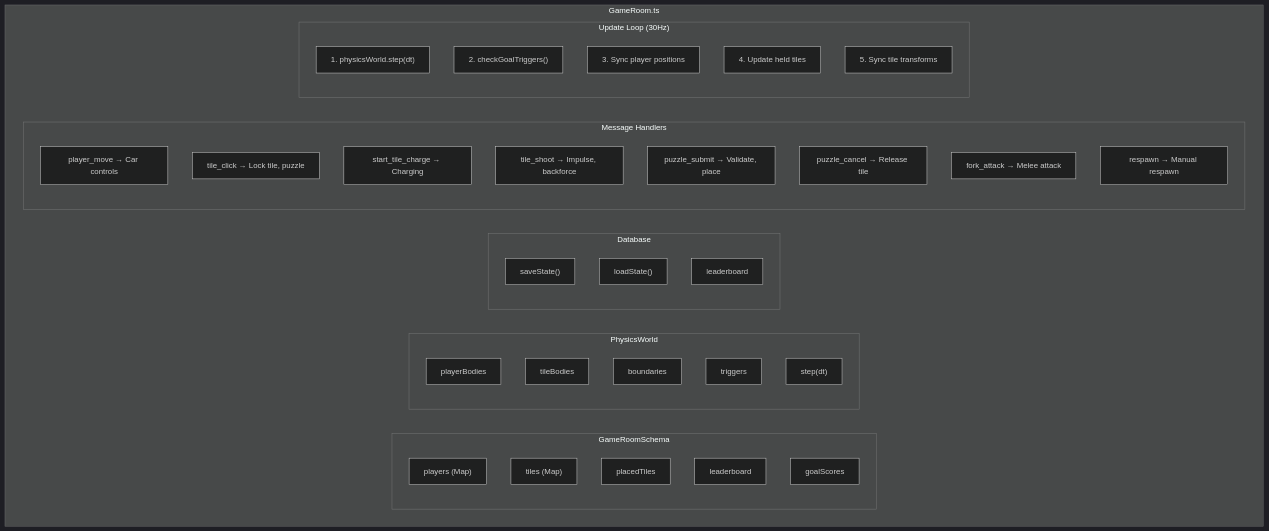
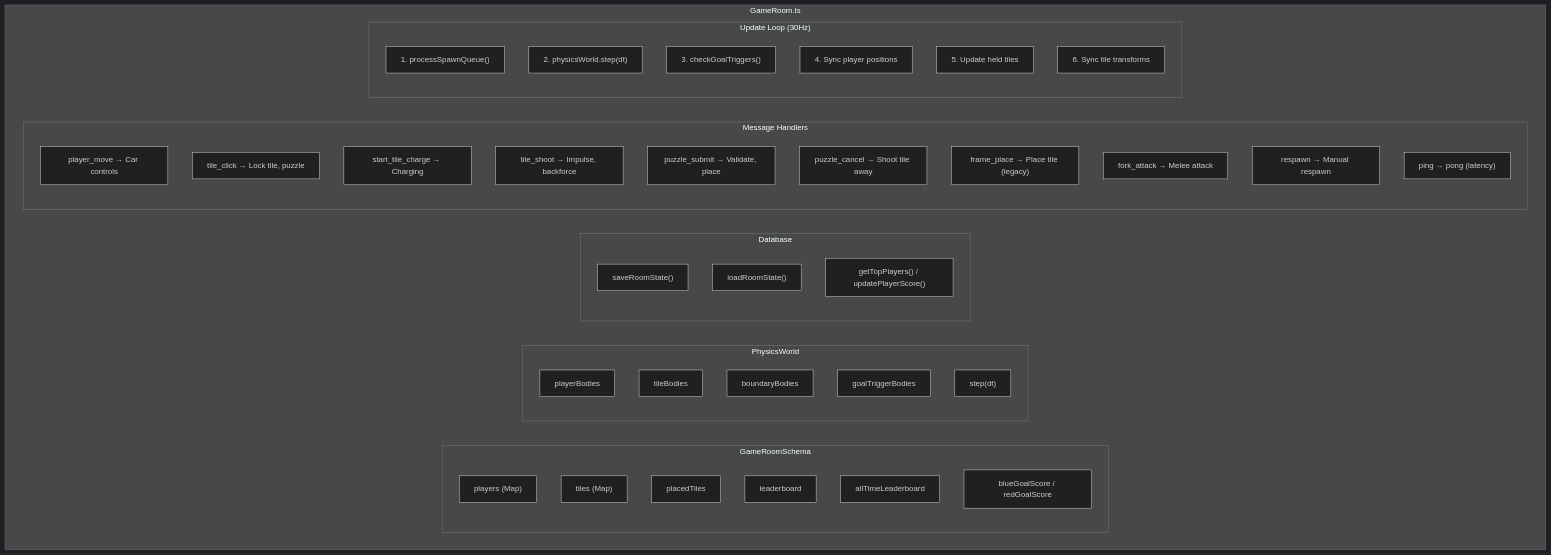
The second of 8 diagrams in docs/ARCHITECTURE.md (nguyenvanduocit/the-car-game), drawn with Mermaid (dark theme) before and after one commit. The commit also changed other lines of this file and 18 other files, not shown here.

First line of the commit message:
docs: sync all docs with current code, remove AI slop, add security review

````diff
--- a/docs/ARCHITECTURE.md
+++ b/docs/ARCHITECTURE.md
@@ -87,45 +92,49 @@
 ```mermaid
 graph TB
     subgraph GameRoom["GameRoom.ts"]
         subgraph State["GameRoomSchema"]
             players["players (Map)"]
             tiles["tiles (Map)"]
             placedTiles["placedTiles"]
             leaderboard["leaderboard"]
-            goalScores["goalScores"]
+            allTimeLeaderboard["allTimeLeaderboard"]
+            goalScores["blueGoalScore / redGoalScore"]
         end
 
         subgraph Physics["PhysicsWorld"]
             playerBodies["playerBodies"]
             tileBodies["tileBodies"]
-            boundaries["boundaries"]
-            triggers["triggers"]
+            boundaries["boundaryBodies"]
+            triggers["goalTriggerBodies"]
             step["step(dt)"]
         end
 
         subgraph DB["Database"]
-            saveState["saveState()"]
-            loadState["loadState()"]
-            lb["leaderboard"]
+            saveState["saveRoomState()"]
+            loadState["loadRoomState()"]
+            lb["getTopPlayers() / updatePlayerScore()"]
         end
 
         subgraph Handlers["Message Handlers"]
             player_move["player_move → Car controls"]
             tile_click["tile_click → Lock tile, puzzle"]
             tile_charge["start_tile_charge → Charging"]
             tile_shoot["tile_shoot → Impulse, backforce"]
             puzzle_submit["puzzle_submit → Validate, place"]
-            puzzle_cancel["puzzle_cancel → Release tile"]
+            puzzle_cancel["puzzle_cancel → Shoot tile away"]
+            frame_place["frame_place → Place tile (legacy)"]
             fork_attack["fork_attack → Melee attack"]
             respawn["respawn → Manual respawn"]
+            ping["ping → pong (latency)"]
         end
 
         subgraph Loop["Update Loop (30Hz)"]
-            step_physics["1. physicsWorld.step(dt)"]
-            check_goals["2. checkGoalTriggers()"]
-            sync_players["3. Sync player positions"]
-            update_held["4. Update held tiles"]
-            sync_tiles["5. Sync tile transforms"]
+            spawn_queue["1. processSpawnQueue()"]
+            step_physics["2. physicsWorld.step(dt)"]
+            check_goals["3. checkGoalTriggers()"]
+            sync_players["4. Sync player positions"]
+            update_held["5. Update held tiles"]
+            sync_tiles["6. Sync tile transforms"]
         end
     end
 ```
````
